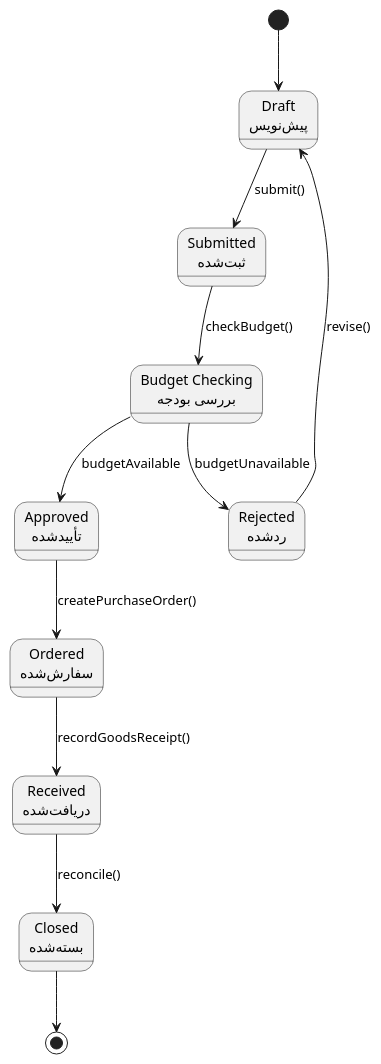
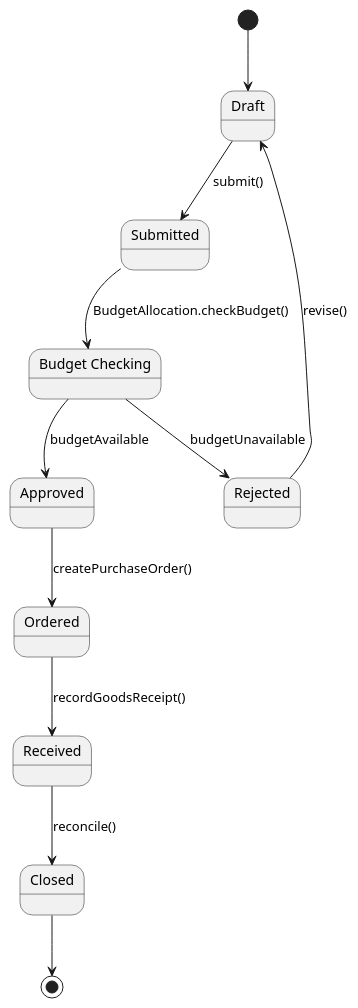
One commit to Shakour-Data/BedaanWaves changed the first of 6 diagrams in docs/02_architecture/ARCH_integrated-hr-finance-procurement-uml-state-machine_v1.md. Above: the diagram before and after it, drawn with PlantUML. The commit also changed other lines of this file and 18 other files, not shown here.

Commit message:
Update middleware, API routes, gateway, tracing, rate limiter, main, and architecture diagrams

````diff
--- a/docs/02_architecture/ARCH_integrated-hr-finance-procurement-uml-state-machine_v1.md
+++ b/docs/02_architecture/ARCH_integrated-hr-finance-procurement-uml-state-machine_v1.md
@@ -19,24 +19,24 @@
 ```plantuml
 @startuml ARCH-L1-State-PurchaseRequest
 hide empty_description
-state "Draft\nپیش‌نویس" as Draft
-state "Submitted\nثبت‌شده" as Submitted
-state "Budget Checking\nبررسی بودجه" as BudgetChecking
-state "Approved\nتأییدشده" as Approved
-state "Rejected\nردشده" as Rejected
-state "Ordered\nسفارش‌شده" as Ordered
-state "Received\nدریافت‌شده" as Received
-state "Closed\nبسته‌شده" as Closed
+state "Draft" as Draft
+state "Submitted" as Submitted
+state "Budget Checking" as BudgetChecking
+state "Approved" as Approved
+state "Rejected" as Rejected
+state "Ordered" as Ordered
+state "Received" as Received
+state "Closed" as Closed
 
 [*] --> Draft
 Draft --> Submitted : submit()
-Submitted --> BudgetChecking : checkBudget()
+Submitted --> BudgetChecking : BudgetAllocation.checkBudget()
 BudgetChecking --> Approved : budgetAvailable
 BudgetChecking --> Rejected : budgetUnavailable
 Approved --> Ordered : createPurchaseOrder()
 Ordered --> Received : recordGoodsReceipt()
 Received --> Closed : reconcile()
 Rejected --> Draft : revise()
 Closed --> [*]
 @enduml
 ```
````
